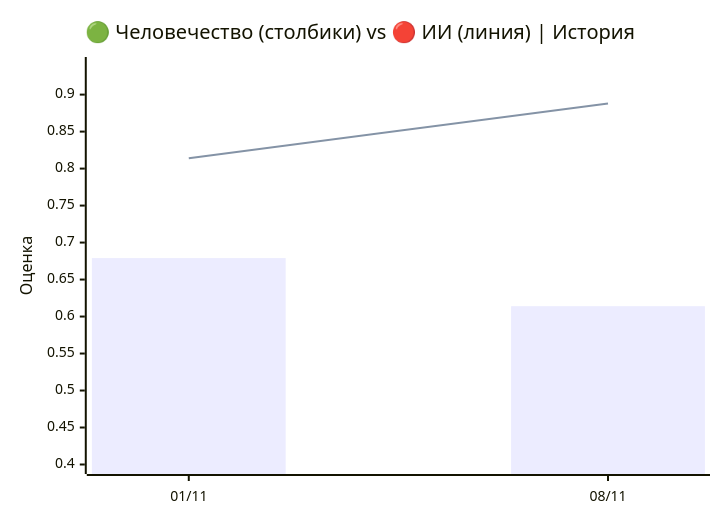
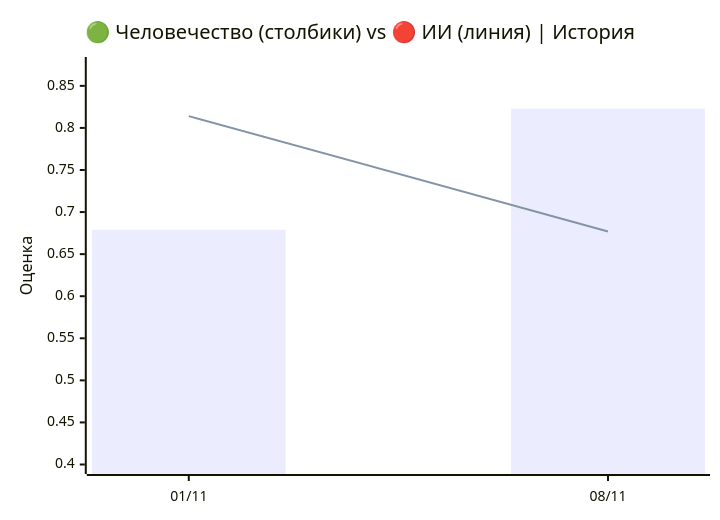
One commit to VQQLK/Human-AI-Monitor changed the first of 3 diagrams in README.ru.md. Above: the diagram before and after it, drawn with Mermaid. The commit also changed other lines of this file and 4 other files, not shown here.

````diff
--- a/README.ru.md
+++ b/README.ru.md
@@ -33,8 +33,8 @@
 ```mermaid
 xychart-beta
     title "🟢 Человечество (столбики) vs 🔴 ИИ (линия) | История"
     x-axis ["01/11", "08/11"]
-    y-axis "Оценка" 0.400 --> 0.938
-    bar [0.679, 0.614]
-    line [0.814, 0.888]
+    y-axis "Оценка" 0.400 --> 0.873
+    bar [0.679, 0.823]
+    line [0.814, 0.677]
 ```
````
